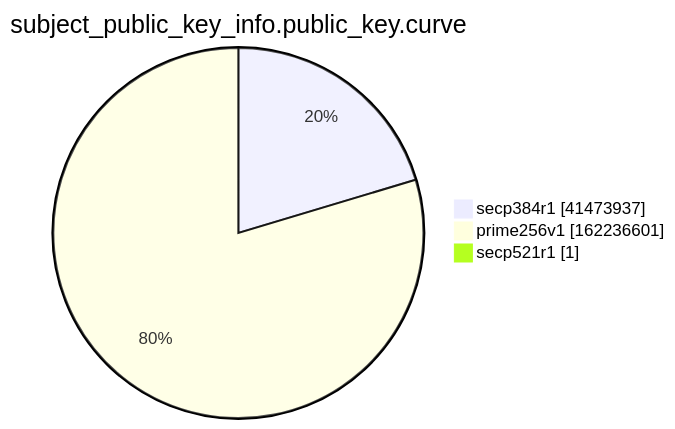
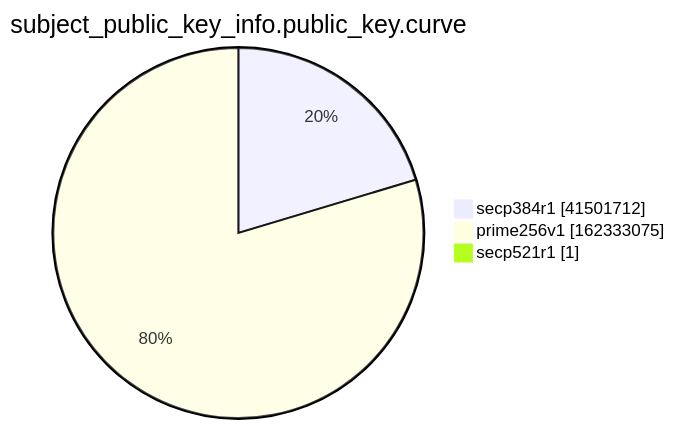
The ninth of 15 diagrams in xenon2022/README.md (christiankrug/ctmonitor_visualization), drawn with Mermaid before and after one commit. The commit also changed other lines of this file, not shown here.

````diff
--- a/xenon2022/README.md
+++ b/xenon2022/README.md
@@ -2868,7 +2868,7 @@
 ```mermaid
 pie showData
 title subject_public_key_info.public_key.curve
-"secp384r1" :41473937
-"prime256v1" :162236601
+"secp384r1" :41501712
+"prime256v1" :162333075
 "secp521r1" :1
 ```
````
